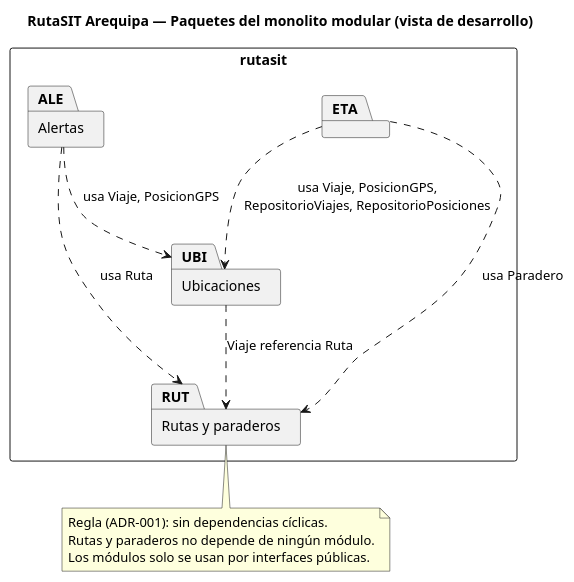
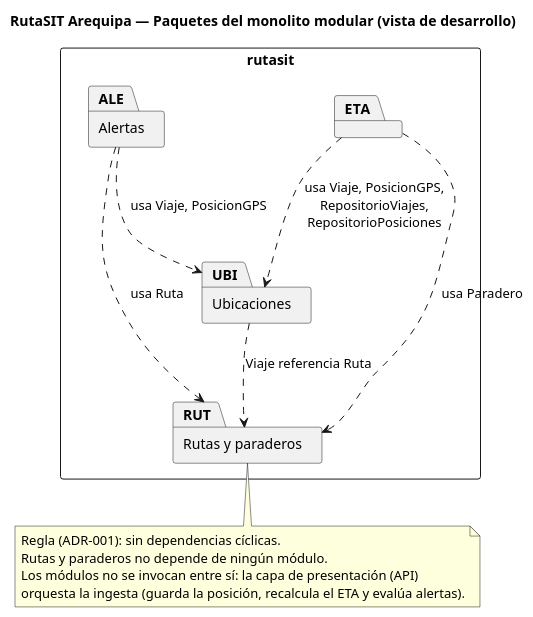
Before and after one commit to Camila-Alarico/cs-2026b-lab04--grupo06: the diagram in docs/design/paquetes.puml, drawn with PlantUML. The commit also changed 15 other files, not shown here.

```diff
--- a/docs/design/paquetes.puml
+++ b/docs/design/paquetes.puml
@@ -1,22 +1,23 @@
 @startuml paquetes
 skinparam shadowing false
 skinparam defaultFontName Arial
 skinparam packageStyle rectangle
 title RutaSIT Arequipa — Paquetes del monolito modular (vista de desarrollo)
 package "rutasit" {
   package "Ubicaciones" as UBI
   package "Rutas y paraderos" as RUT
   package "ETA" as ETA
   package "Alertas" as ALE
 }
-ETA ..> UBI : usa Viaje, PosicionGPS,\nRepositorioViajes, RepositorioPosiciones
+ETA ..> UBI : usa Viaje, PosicionGPS,\nRepositorioViajes,\nRepositorioPosiciones
 ETA ..> RUT : usa Paradero
 ALE ..> UBI : usa Viaje, PosicionGPS
 ALE ..> RUT : usa Ruta
 UBI ..> RUT : Viaje referencia Ruta
 note bottom of RUT
   Regla (ADR-001): sin dependencias cíclicas.
   Rutas y paraderos no depende de ningún módulo.
-  Los módulos solo se usan por interfaces públicas.
+  Los módulos no se invocan entre sí: la capa de presentación (API)
+  orquesta la ingesta (guarda la posición, recalcula el ETA y evalúa alertas).
 end note
 @enduml
```
